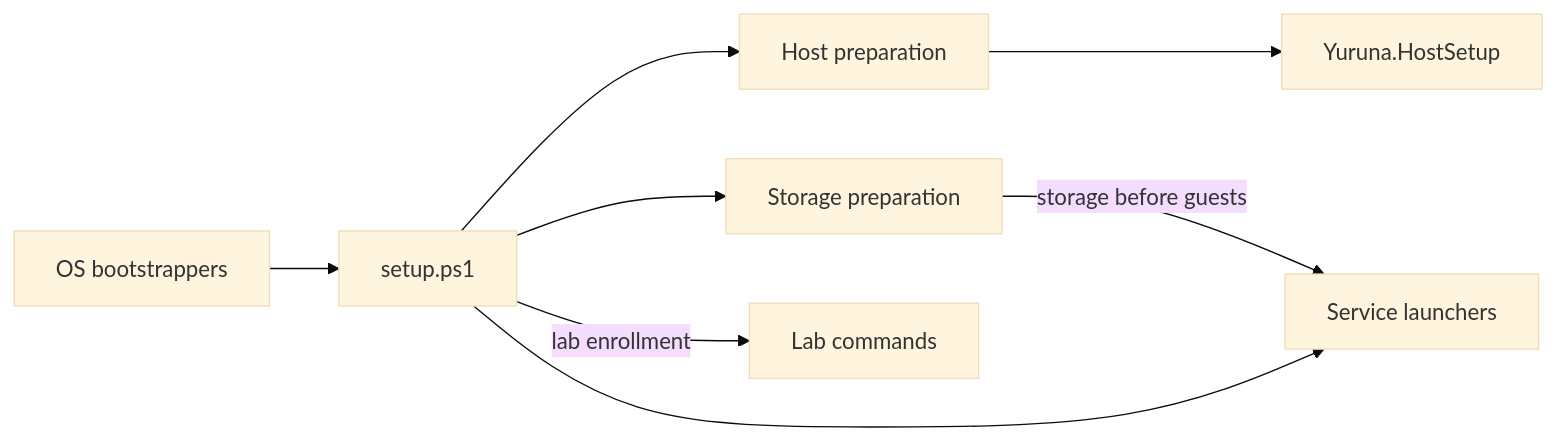
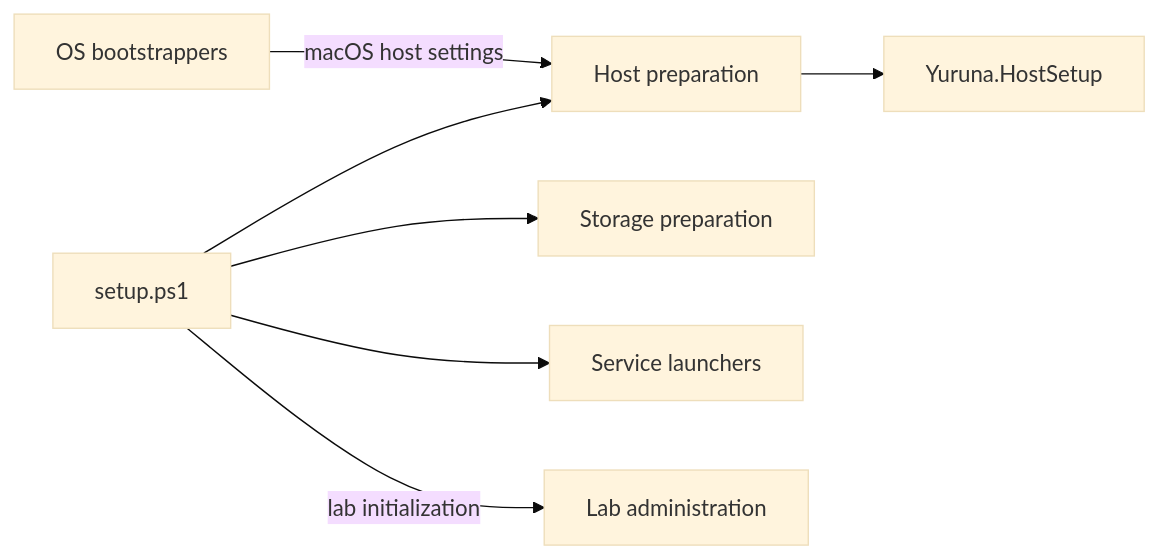
Before and after one commit to alissonsol/yuruna: the first of 7 diagrams in docs/design/02-component-breakdown.md, drawn with Mermaid (base theme). The commit also changed other lines of this file and 1371 other files, not shown here.

````diff
--- a/docs/design/02-component-breakdown.md
+++ b/docs/design/02-component-breakdown.md
@@ -11,17 +12,16 @@
 ```mermaid
 flowchart LR
     install["OS bootstrappers"]
     setup-ps1["setup.ps1"]
     enable-test-automation-ps1["Host preparation"]
     yuruna-host-setup-psm1["Yuruna.HostSetup"]
     new-local-lab-storage-ps1["Storage preparation"]
     test-service["Service launchers"]
-    test-lab["Lab commands"]
-    install --> setup-ps1
+    test-lab["Lab administration"]
+    install -->|macOS host settings| enable-test-automation-ps1
     setup-ps1 --> enable-test-automation-ps1
     enable-test-automation-ps1 --> yuruna-host-setup-psm1
     setup-ps1 --> new-local-lab-storage-ps1
-    new-local-lab-storage-ps1 -->|storage before guests| test-service
     setup-ps1 --> test-service
-    setup-ps1 -->|lab enrollment| test-lab
+    setup-ps1 -->|lab initialization| test-lab
 ```
````
